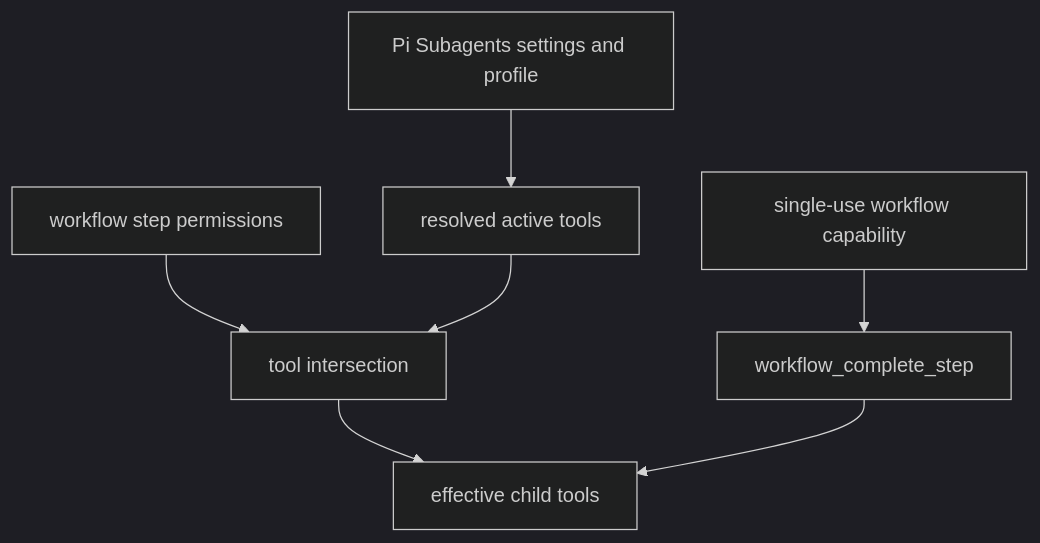
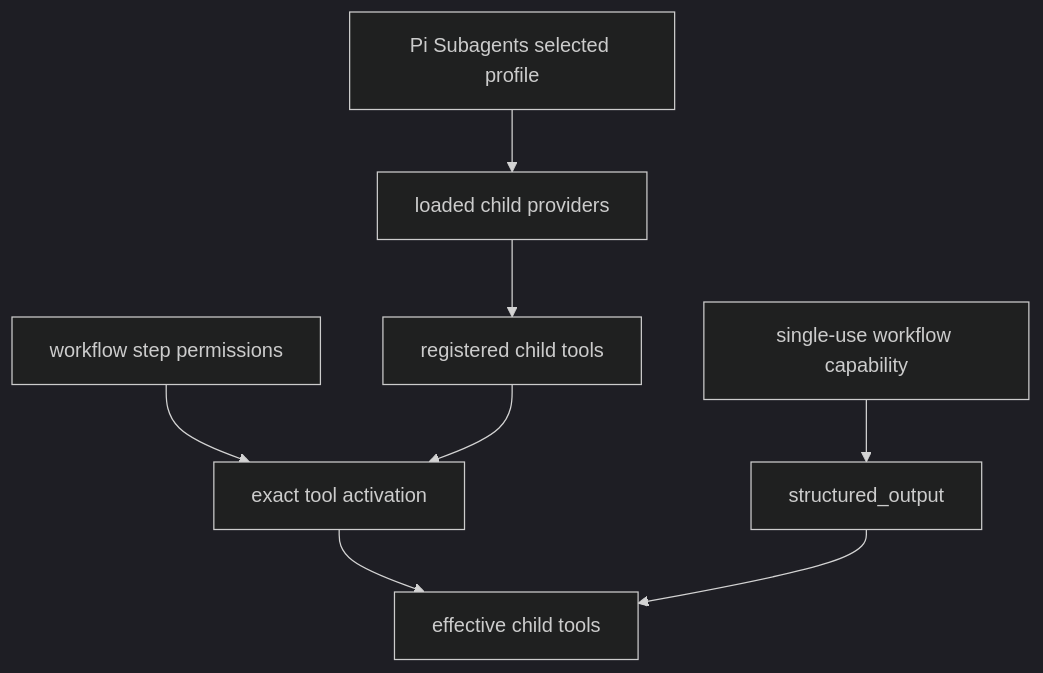
Before and after one commit to wichayutdew/pi-workflows: the sixth of 6 diagrams in openwiki/integrations/subagents.md, drawn with Mermaid (dark theme). The commit also changed other lines of this file and 57 other files, not shown here.

````diff
--- a/openwiki/integrations/subagents.md
+++ b/openwiki/integrations/subagents.md
@@ -115,9 +189,10 @@
 ```mermaid
 flowchart TD
-  Settings[Pi Subagents settings and profile] --> Profile[resolved active tools]
-  Workflow[workflow step permissions] --> Intersection[tool intersection]
-  Profile --> Intersection
-  Capability[single-use workflow capability] --> Completion[workflow_complete_step]
-  Intersection --> Effective[effective child tools]
+  Settings[Pi Subagents selected profile] --> Providers[loaded child providers]
+  Workflow[workflow step permissions] --> Activation[exact tool activation]
+  Providers --> Registered[registered child tools]
+  Registered --> Activation
+  Capability[single-use workflow capability] --> Completion[structured_output]
+  Activation --> Effective[effective child tools]
   Completion --> Effective
 ```
````
